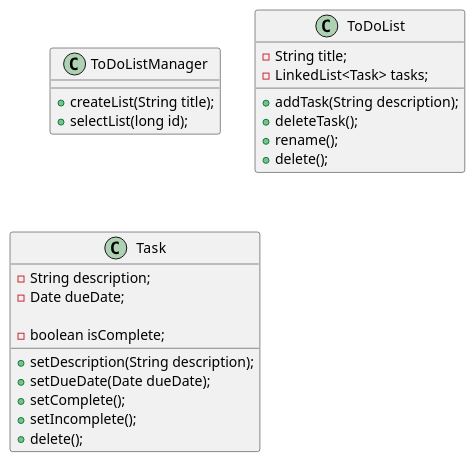
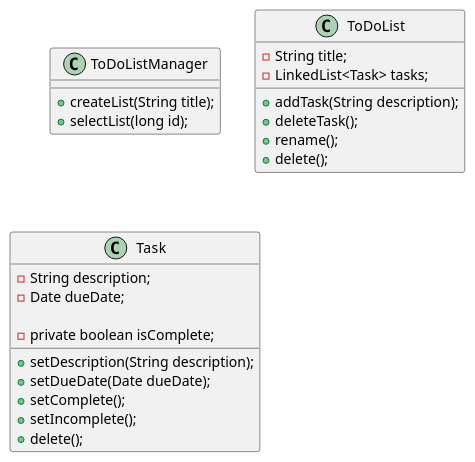
Before and after one commit to RyanTheGuyInSpace/hodge-app1-impl: the diagram in docs/ToDoList.puml, drawn with PlantUML. The commit also changed 7 other files, not shown here.

```diff
--- a/docs/ToDoList.puml
+++ b/docs/ToDoList.puml
@@ -1,32 +1,32 @@
 @startuml
 
 class ToDoListManager {
     +createList(String title);
     +selectList(long id);
 }
 
 class ToDoList {
     -String title;
     -LinkedList<Task> tasks;
 
     +addTask(String description);
     +deleteTask();
     +rename();
     +delete();
 }
 
 class Task {
     -String description;
     -Date dueDate;
     'Format due date as YYYY-MM-DD'
 
-    -boolean isComplete;
+    -private boolean isComplete;
 
     +setDescription(String description);
     +setDueDate(Date dueDate);
     +setComplete();
     +setIncomplete();
     +delete();
 }
 
 @enduml
```
